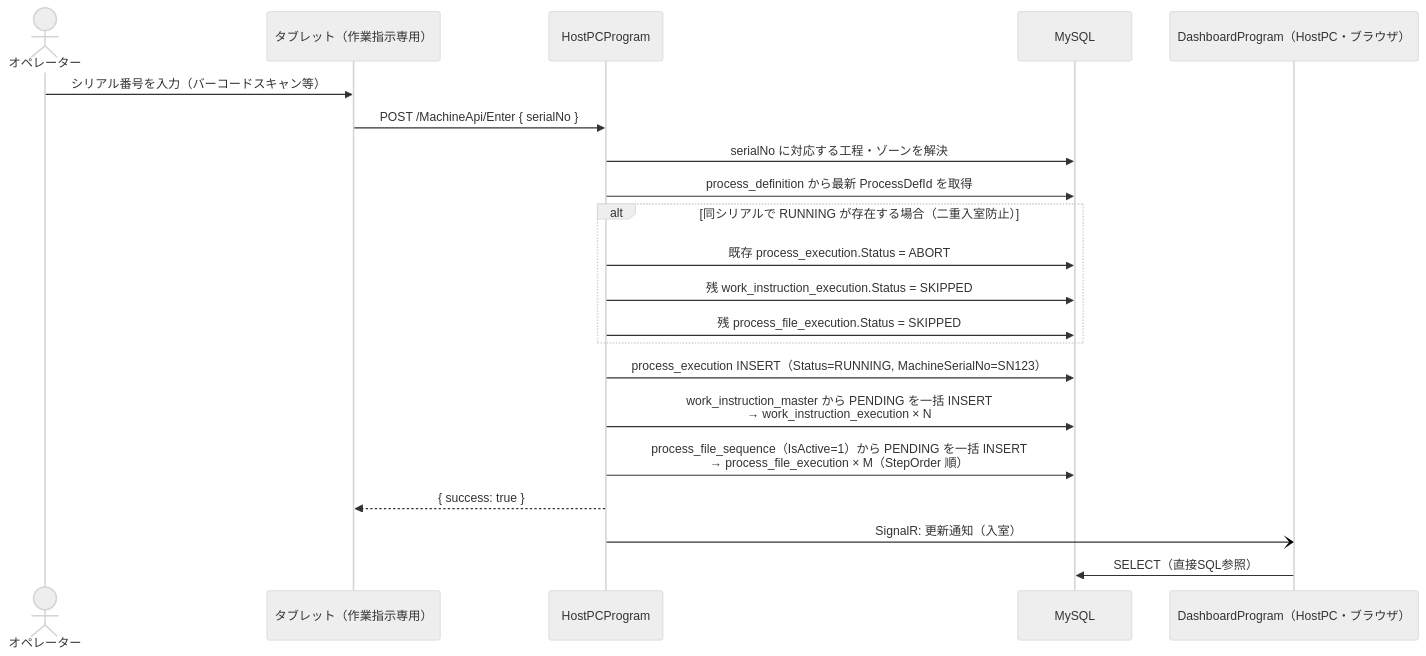
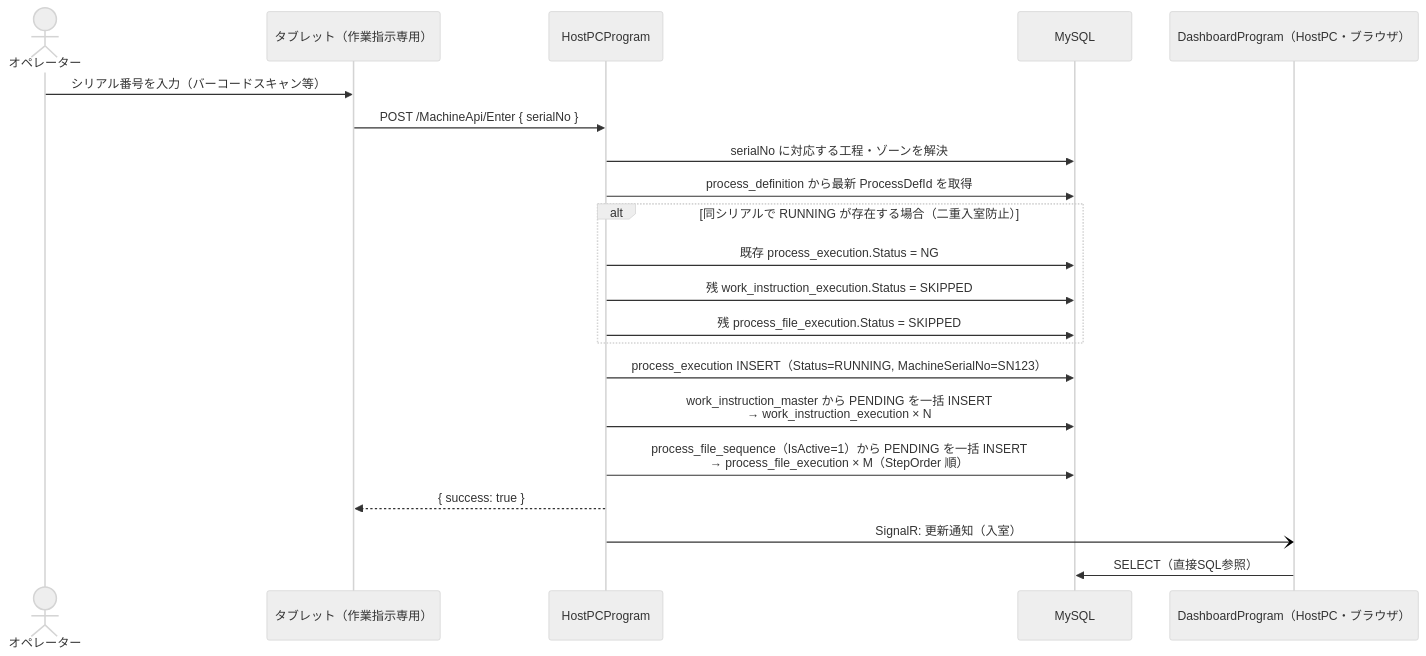
The third of 11 diagrams in docs/07_system_design.md (namagi14-lab/spica-warranty-design), drawn with Mermaid (neutral theme) before and after one commit. The commit also changed other lines of this file and 5 other files, not shown here.

First line of the commit message:
Remove ABORT status from process_execution

````diff
--- a/docs/07_system_design.md
+++ b/docs/07_system_design.md
@@ -139,28 +139,28 @@
 ```mermaid
 sequenceDiagram
     actor Op as オペレーター
     participant Tablet as タブレット（作業指示専用）
     participant App as HostPCProgram
     participant DB as MySQL
     participant Dash as DashboardProgram（HostPC・ブラウザ）
 
     Op->>Tablet: シリアル番号を入力（バーコードスキャン等）
     Tablet->>App: POST /MachineApi/Enter { serialNo }
 
     App->>DB: serialNo に対応する工程・ゾーンを解決
     App->>DB: process_definition から最新 ProcessDefId を取得
 
     alt 同シリアルで RUNNING が存在する場合（二重入室防止）
-        App->>DB: 既存 process_execution.Status = ABORT
+        App->>DB: 既存 process_execution.Status = NG
         App->>DB: 残 work_instruction_execution.Status = SKIPPED
         App->>DB: 残 process_file_execution.Status = SKIPPED
     end
 
     App->>DB: process_execution INSERT（Status=RUNNING, MachineSerialNo=SN123）
     App->>DB: work_instruction_master から PENDING を一括 INSERT<br/>→ work_instruction_execution × N
     App->>DB: process_file_sequence（IsActive=1）から PENDING を一括 INSERT<br/>→ process_file_execution × M（StepOrder 順）
 
     App-->>Tablet: { success: true }
     App-)Dash: SignalR: 更新通知（入室）
     Dash->>DB: SELECT（直接SQL参照）
 ```
````
